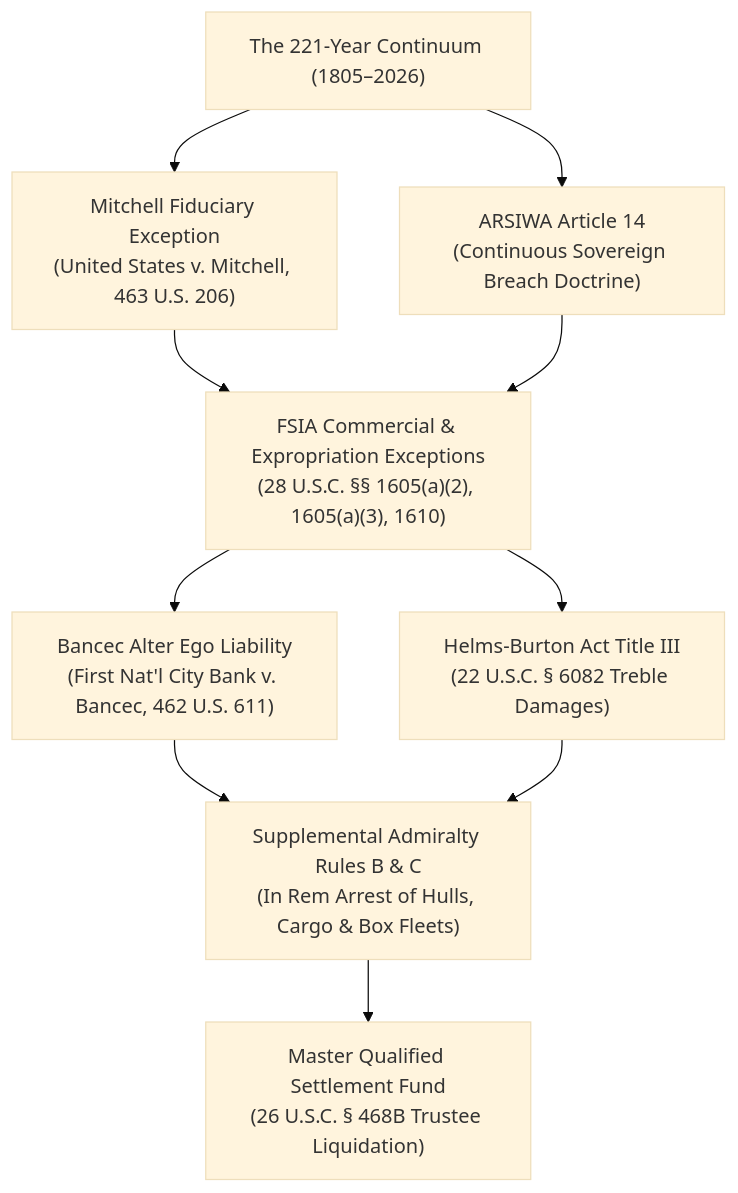
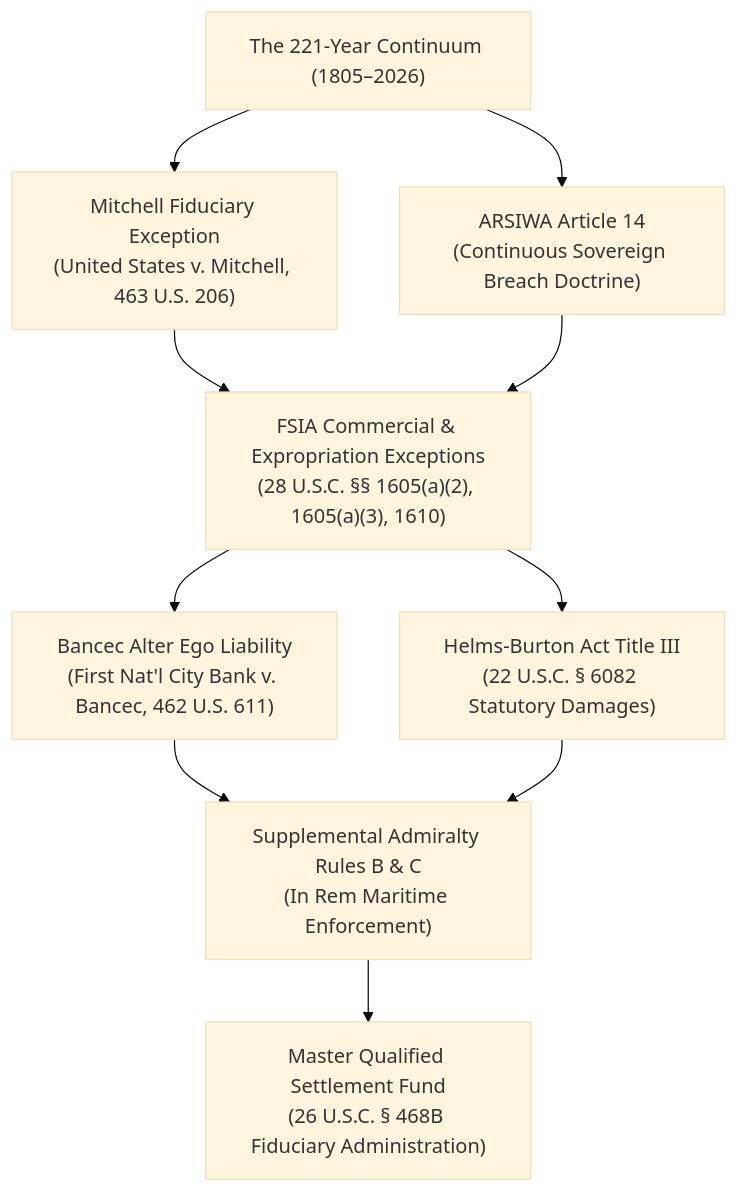
The diagram in README.md (GlobalRestitutionAlliance/latam-us-cu-cuba-master-litigation), drawn with Mermaid (base theme) before and after one commit. The commit also changed other lines of this file and 7 other files, not shown here.

````diff
--- a/README.md
+++ b/README.md
@@ -96,12 +96,12 @@
 ```mermaid
 flowchart TD
     A["The 221-Year Continuum (1805–2026)"] --> B["Mitchell Fiduciary Exception<br/>(United States v. Mitchell, 463 U.S. 206)"]
     A --> C["ARSIWA Article 14<br/>(Continuous Sovereign Breach Doctrine)"]
     B --> D["FSIA Commercial & Expropriation Exceptions<br/>(28 U.S.C. §§ 1605(a)(2), 1605(a)(3), 1610)"]
     C --> D
     D --> E["Bancec Alter Ego Liability<br/>(First Nat'l City Bank v. Bancec, 462 U.S. 611)"]
-    D --> F["Helms-Burton Act Title III<br/>(22 U.S.C. § 6082 Treble Damages)"]
-    E --> G["Supplemental Admiralty Rules B & C<br/>(In Rem Arrest of Hulls, Cargo & Box Fleets)"]
+    D --> F["Helms-Burton Act Title III<br/>(22 U.S.C. § 6082 Statutory Damages)"]
+    E --> G["Supplemental Admiralty Rules B & C<br/>(In Rem Maritime Enforcement)"]
     F --> G
-    G --> H["Master Qualified Settlement Fund<br/>(26 U.S.C. § 468B Trustee Liquidation)"]
+    G --> H["Master Qualified Settlement Fund<br/>(26 U.S.C. § 468B Fiduciary Administration)"]
 ```
````
